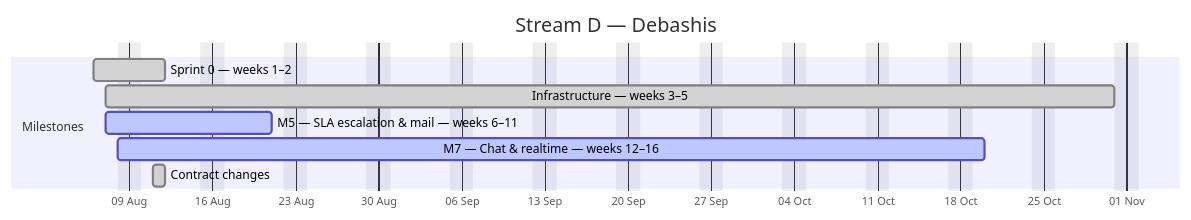
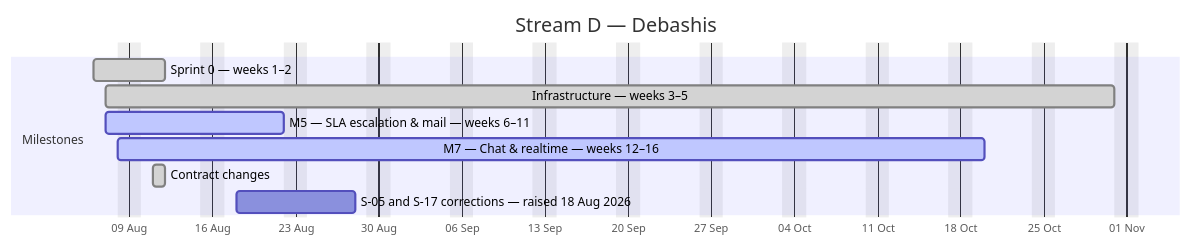
One commit to debashisedunext/EduTrack changed the fourth of 4 diagrams in docs/plan/GANTT.md. Above: the diagram before and after it, drawn with Mermaid. The commit also changed other lines of this file and 4 other files, not shown here.

````diff
--- a/docs/plan/GANTT.md
+++ b/docs/plan/GANTT.md
@@ -155,13 +155,14 @@
 ```mermaid
 gantt
     dateFormat YYYY-MM-DD
     axisFormat %d %b
     title Stream D — Debashis
     excludes weekends
     section Milestones
     Sprint 0 — weeks 1–2 :done, d0, 2026-08-06, 4d
     Infrastructure — weeks 3–5 :done, d1, 2026-08-07, 61d
-    M5 — SLA  escalation & mail — weeks 6–11 :active, d2, 2026-08-07, 10d
+    M5 — SLA  escalation & mail — weeks 6–11 :active, d2, 2026-08-07, 11d
     M7 — Chat & realtime — weeks 12–16 :active, d3, 2026-08-08, 52d
     Contract changes :done, d4, 2026-08-11, 1d
+    S-05 and S-17 corrections — raised 18 Aug 2026 :d5, 2026-08-18, 8d
 ```
````
